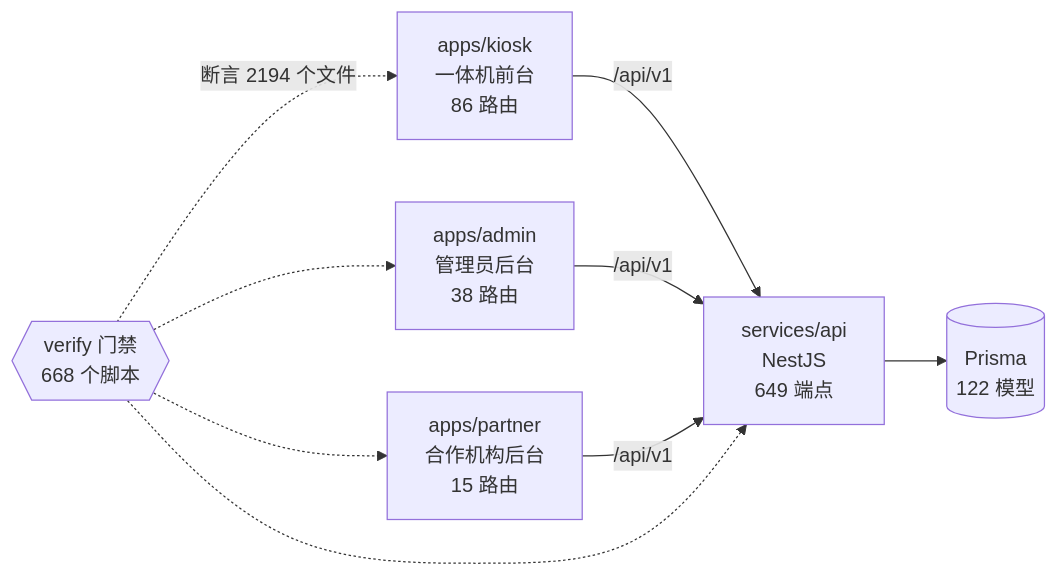
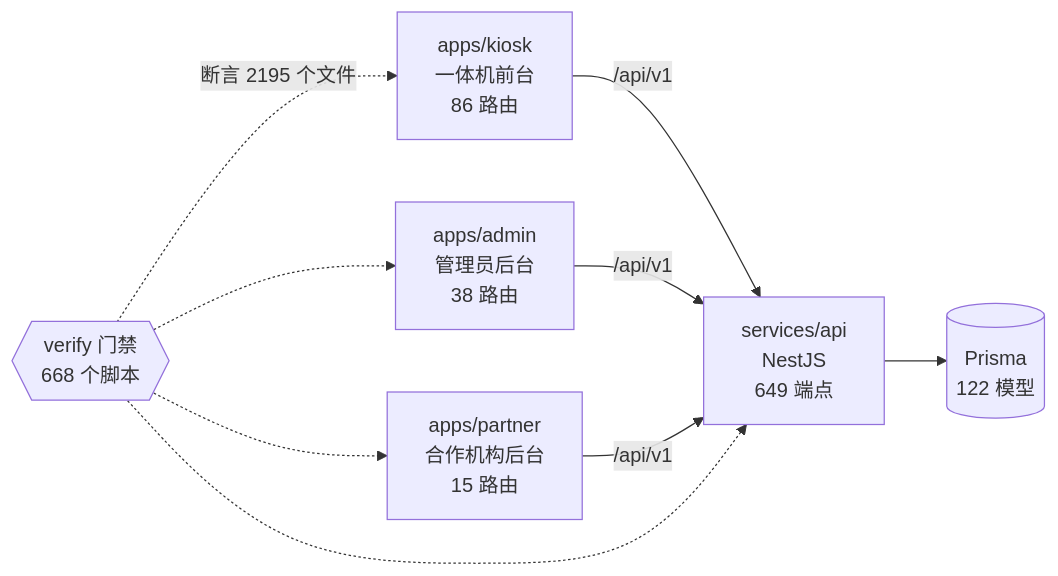
The diagram in docs/graph/README.md (wanglei581/YITIJI), drawn with Mermaid before and after one commit. The commit also changed other lines of this file and 3 other files, not shown here.

First line of the commit message:
chore(graph): 按招聘锁反向检查用例重生项目图谱

````diff
--- a/docs/graph/README.md
+++ b/docs/graph/README.md
@@ -68,18 +68,18 @@
 ```mermaid
 flowchart LR
   kiosk["apps/kiosk<br/>一体机前台<br/>86 路由"]
   admin["apps/admin<br/>管理员后台<br/>38 路由"]
   partner["apps/partner<br/>合作机构后台<br/>15 路由"]
   api["services/api<br/>NestJS<br/>649 端点"]
   db[("Prisma<br/>122 模型")]
   gates{{"verify 门禁<br/>668 个脚本"}}
 
   kiosk -->|"/api/v1"| api
   admin -->|"/api/v1"| api
   partner -->|"/api/v1"| api
   api --> db
-  gates -.->|"断言 2194 个文件"| kiosk
+  gates -.->|"断言 2195 个文件"| kiosk
   gates -.-> admin
   gates -.-> partner
   gates -.-> api
 ```
````
